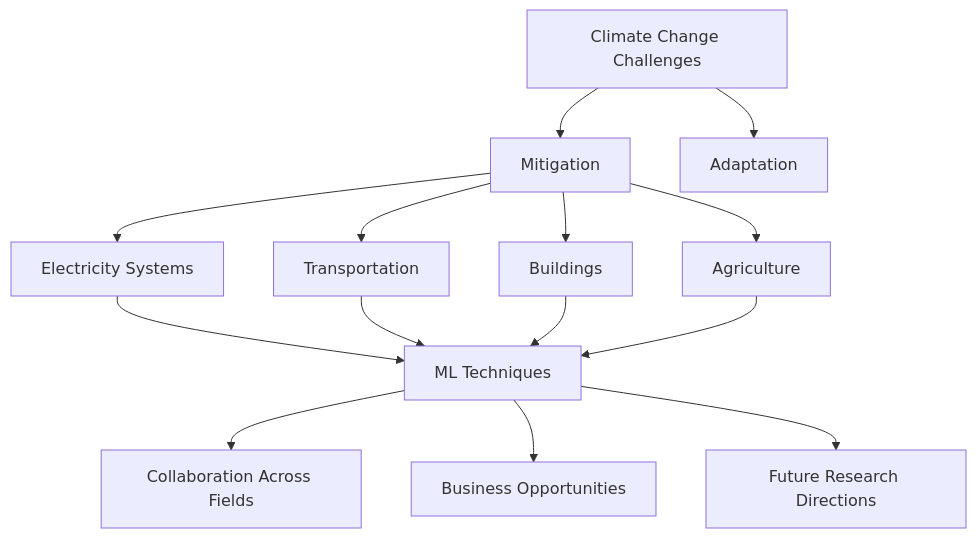
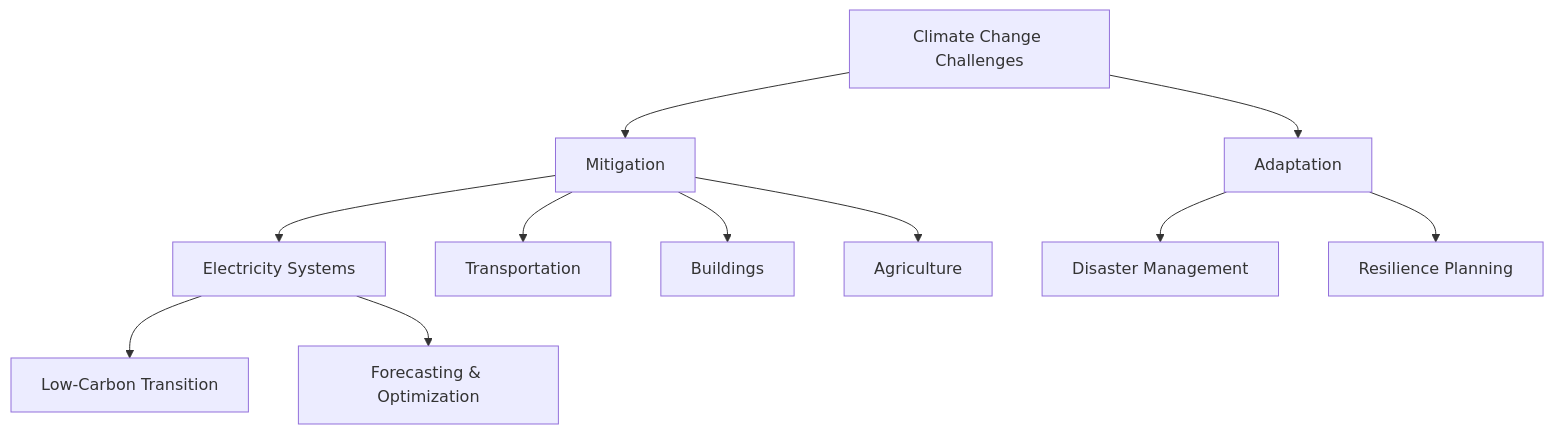
Before and after one commit to dmarx/papers-feed: the diagram in data/papers/1906.05433/features/crib-sheet/1906.05433.md, drawn with Mermaid. The commit also changed other lines of this file and 9 other files, not shown here.

````diff
--- a/data/papers/1906.05433/features/crib-sheet/1906.05433.md
+++ b/data/papers/1906.05433/features/crib-sheet/1906.05433.md
@@ -26,16 +28,13 @@
 ```mermaid
 flowchart TD
     A[Climate Change Challenges] --> B[Mitigation]
     A --> C[Adaptation]
     B --> D[Electricity Systems]
     B --> E[Transportation]
     B --> F[Buildings]
     B --> G[Agriculture]
-    D --> H[ML Techniques]
-    E --> H
-    F --> H
-    G --> H
-    H --> I[Collaboration Across Fields]
-    H --> J[Business Opportunities]
-    H --> K[Future Research Directions]
+    D --> H[Low-Carbon Transition]
+    D --> I[Forecasting & Optimization]
+    C --> J[Disaster Management]
+    C --> K[Resilience Planning]
 ```
````
